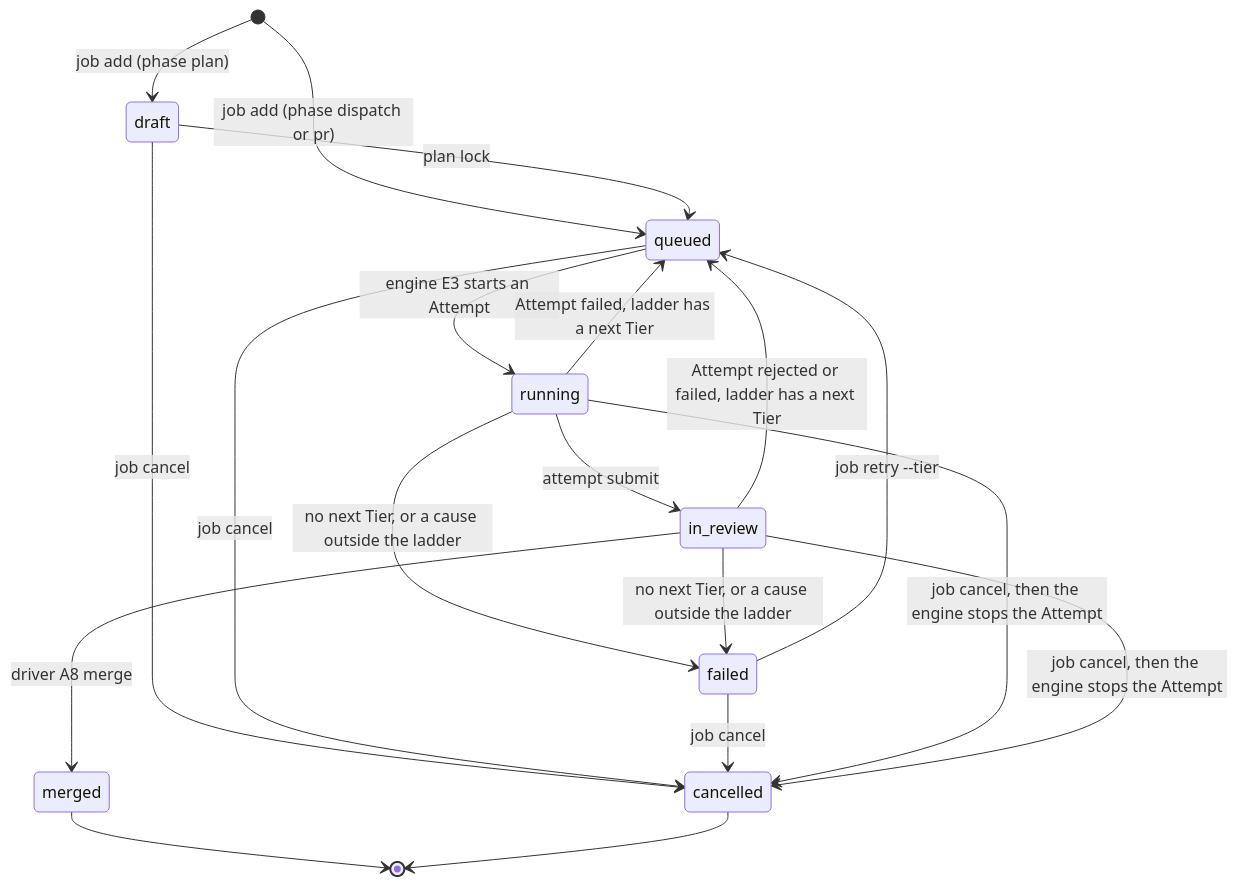
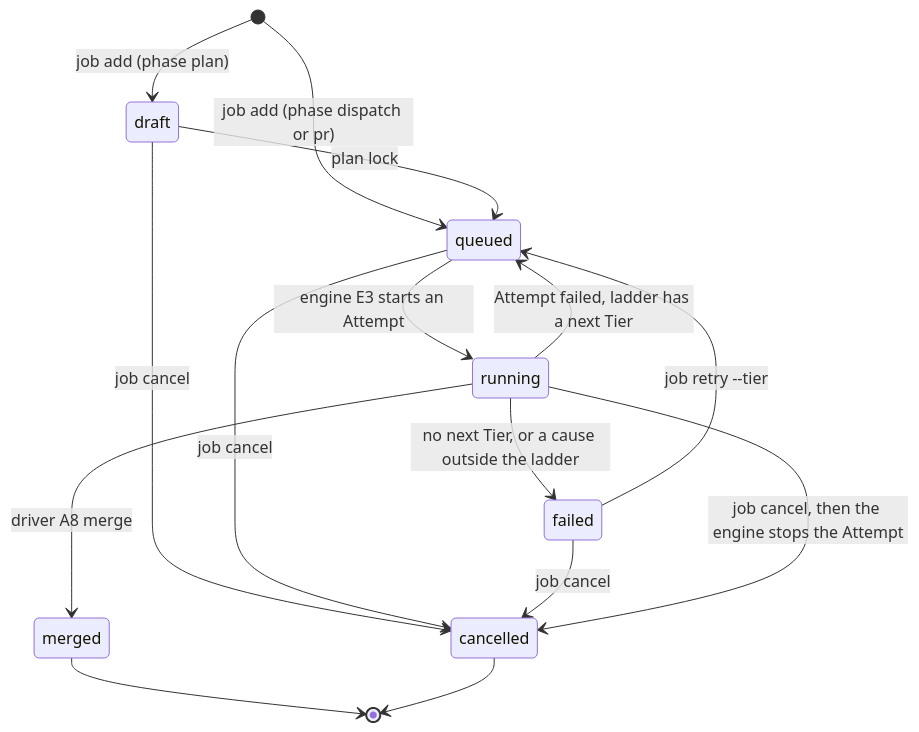
The third of 4 diagrams in docs/v2/contract.md (clayton-duarte/cpd), drawn with Mermaid before and after one commit. The commit also changed other lines of this file and 2 other files, not shown here.

Commit message:
docs(v2): R19/R20: no Job-level Gate or Reviewer, quick check at submit without fallback, the Gate at pr open and pr rebase

````diff
--- a/docs/v2/contract.md
+++ b/docs/v2/contract.md
@@ -366,21 +363,17 @@
 ```mermaid
 stateDiagram-v2
   [*] --> draft: job add (phase plan)
   [*] --> queued: job add (phase dispatch or pr)
   draft --> queued: plan lock
   queued --> running: engine E3 starts an Attempt
-  running --> in_review: attempt submit
-  in_review --> merged: driver A8 merge
+  running --> merged: driver A8 merge
   running --> queued: Attempt failed, ladder has a next Tier
-  in_review --> queued: Attempt rejected or failed, ladder has a next Tier
   running --> failed: no next Tier, or a cause outside the ladder
-  in_review --> failed: no next Tier, or a cause outside the ladder
   failed --> queued: job retry --tier
   draft --> cancelled: job cancel
   queued --> cancelled: job cancel
   failed --> cancelled: job cancel
   running --> cancelled: job cancel, then the engine stops the Attempt
-  in_review --> cancelled: job cancel, then the engine stops the Attempt
   merged --> [*]
   cancelled --> [*]
 ```
````
